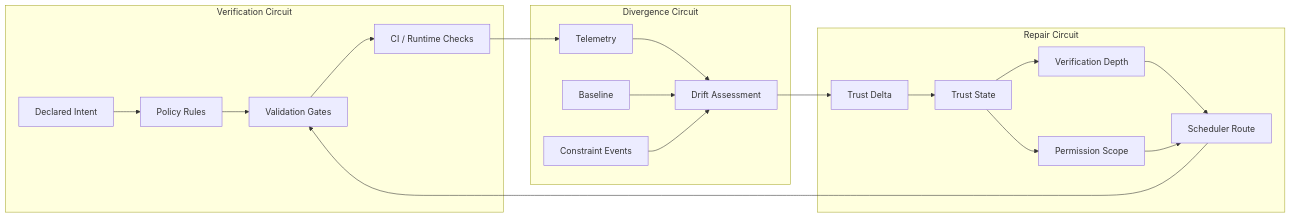
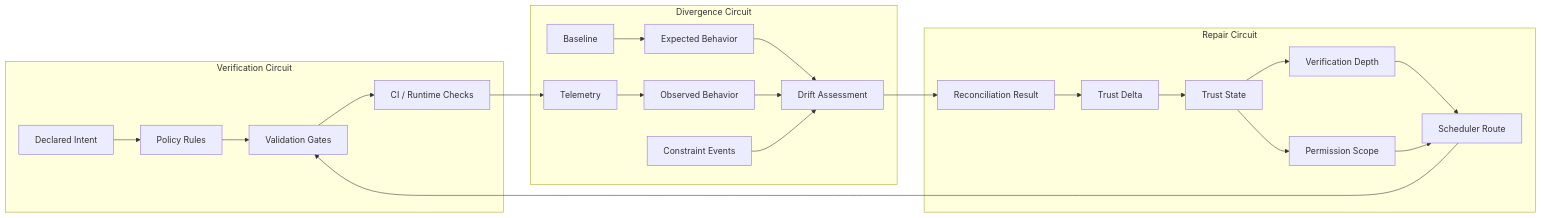
Before and after one commit to canstralian/PassiveOSINTControlPanel: the second of 6 diagrams in docs/runtime-process-map.md, drawn with Mermaid. The commit also changed other lines of this file, not shown here.

Commit message:
Link drift model into runtime process map

````diff
--- a/docs/runtime-process-map.md
+++ b/docs/runtime-process-map.md
@@ -52,34 +69,39 @@
 ```mermaid
 flowchart LR
     subgraph Verification Circuit
         V1[Declared Intent]
         V2[Policy Rules]
         V3[Validation Gates]
         V4[CI / Runtime Checks]
         V1 --> V2 --> V3 --> V4
     end
 
     subgraph Divergence Circuit
         D1[Telemetry]
         D2[Baseline]
-        D3[Drift Assessment]
-        D4[Constraint Events]
-        D1 --> D3
+        D3[Expected Behavior]
+        D4[Observed Behavior]
+        D5[Drift Assessment]
+        D6[Constraint Events]
+        D1 --> D4
         D2 --> D3
-        D4 --> D3
+        D3 --> D5
+        D4 --> D5
+        D6 --> D5
     end
 
     subgraph Repair Circuit
-        R1[Trust Delta]
-        R2[Trust State]
-        R3[Verification Depth]
-        R4[Permission Scope]
-        R5[Scheduler Route]
-        R1 --> R2 --> R3 --> R5
-        R2 --> R4 --> R5
+        R1[Reconciliation Result]
+        R2[Trust Delta]
+        R3[Trust State]
+        R4[Verification Depth]
+        R5[Permission Scope]
+        R6[Scheduler Route]
+        R1 --> R2 --> R3 --> R4 --> R6
+        R3 --> R5 --> R6
     end
 
     V4 --> D1
-    D3 --> R1
-    R5 --> V3
+    D5 --> R1
+    R6 --> V3
 ```
````
